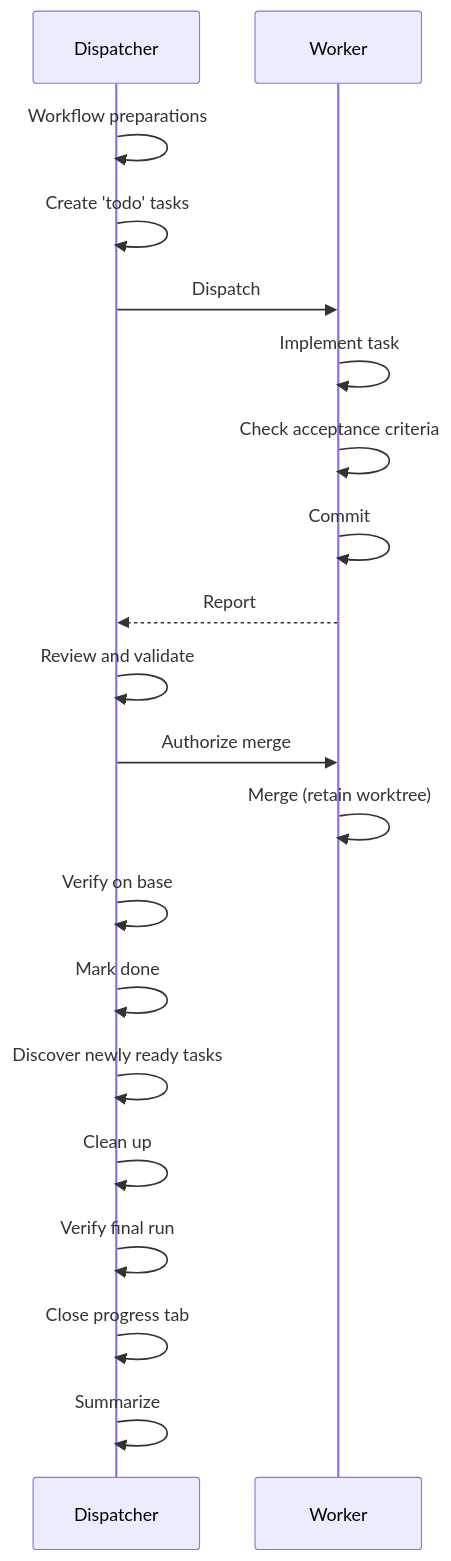
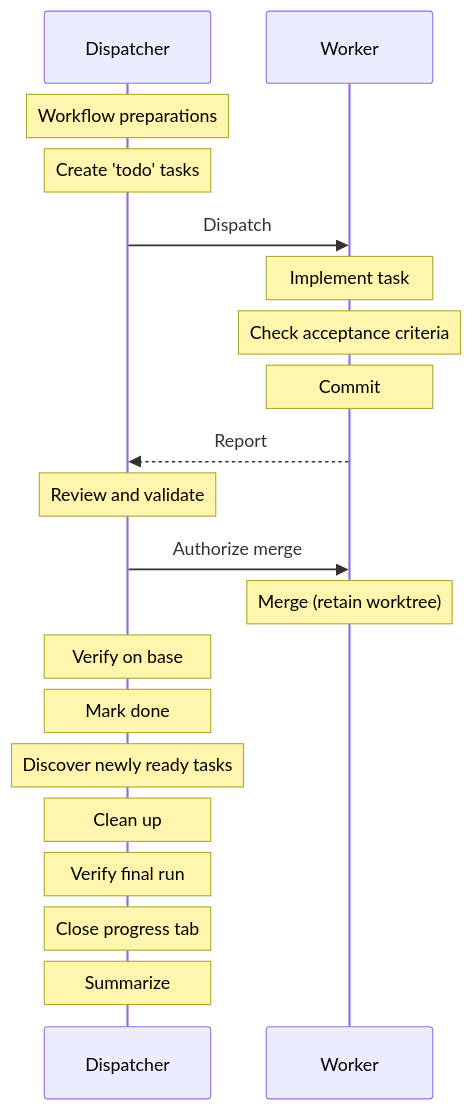
One commit to kenbanks-peng/skills changed the diagram in agents/SKILL.md. Above: the diagram before and after it, drawn with Mermaid.

````diff
--- a/agents/SKILL.md
+++ b/agents/SKILL.md
@@ -10,23 +10,23 @@
 ```mermaid
 sequenceDiagram
     participant Dispatcher
     participant Worker
 
-    Dispatcher->>Dispatcher: Workflow preparations
-    Dispatcher->>Dispatcher: Create 'todo' tasks
+    Note over Dispatcher: Workflow preparations
+    Note over Dispatcher: Create 'todo' tasks
     Dispatcher->>Worker: Dispatch
-    Worker->>Worker: Implement task
-    Worker->>Worker: Check acceptance criteria
-    Worker->>Worker: Commit
+    Note over Worker: Implement task
+    Note over Worker: Check acceptance criteria
+    Note over Worker: Commit
     Worker-->>Dispatcher: Report
-    Dispatcher->>Dispatcher: Review and validate
+    Note over Dispatcher: Review and validate
     Dispatcher->>Worker: Authorize merge
-    Worker->>Worker: Merge (retain worktree)
-    Dispatcher->>Dispatcher: Verify on base
-    Dispatcher->>Dispatcher: Mark done
-    Dispatcher->>Dispatcher: Discover newly ready tasks
-    Dispatcher->>Dispatcher: Clean up
-    Dispatcher->>Dispatcher: Verify final run
-    Dispatcher->>Dispatcher: Close progress tab
-    Dispatcher->>Dispatcher: Summarize
+    Note over Worker: Merge (retain worktree)
+    Note over Dispatcher: Verify on base
+    Note over Dispatcher: Mark done
+    Note over Dispatcher: Discover newly ready tasks
+    Note over Dispatcher: Clean up
+    Note over Dispatcher: Verify final run
+    Note over Dispatcher: Close progress tab
+    Note over Dispatcher: Summarize
 ```
````
